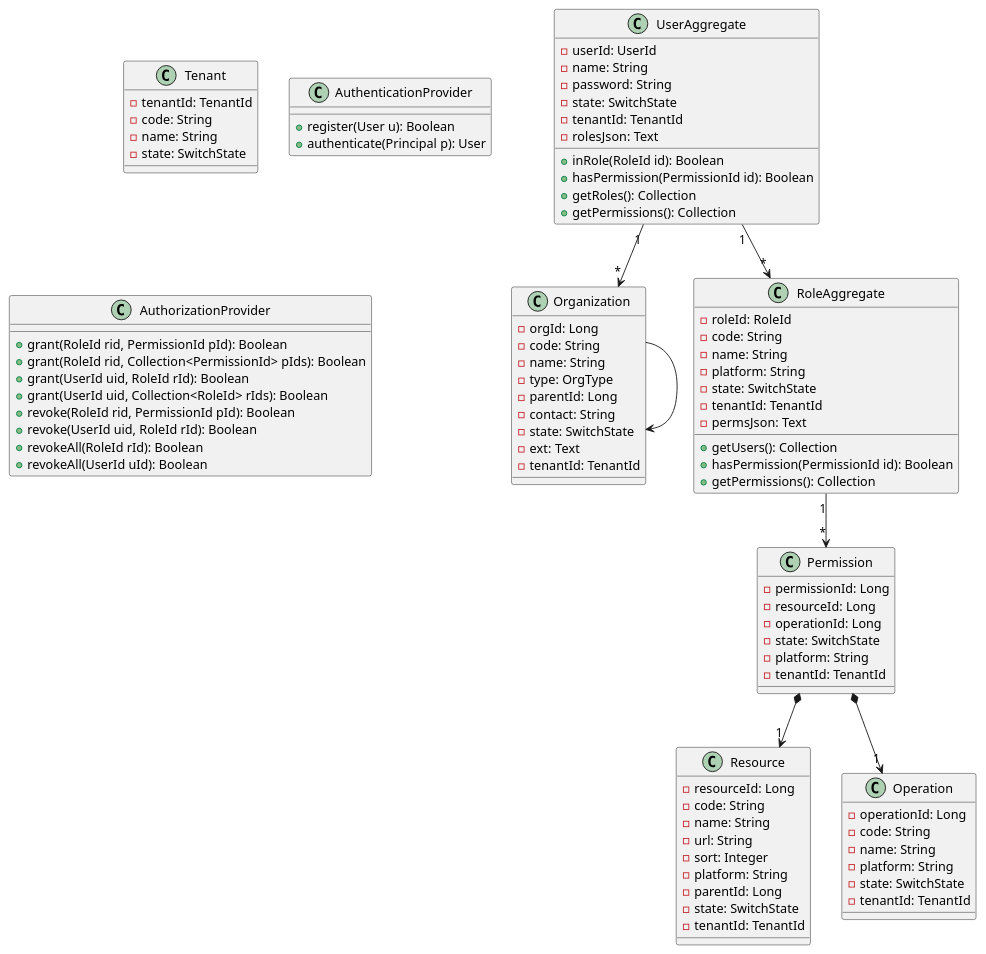
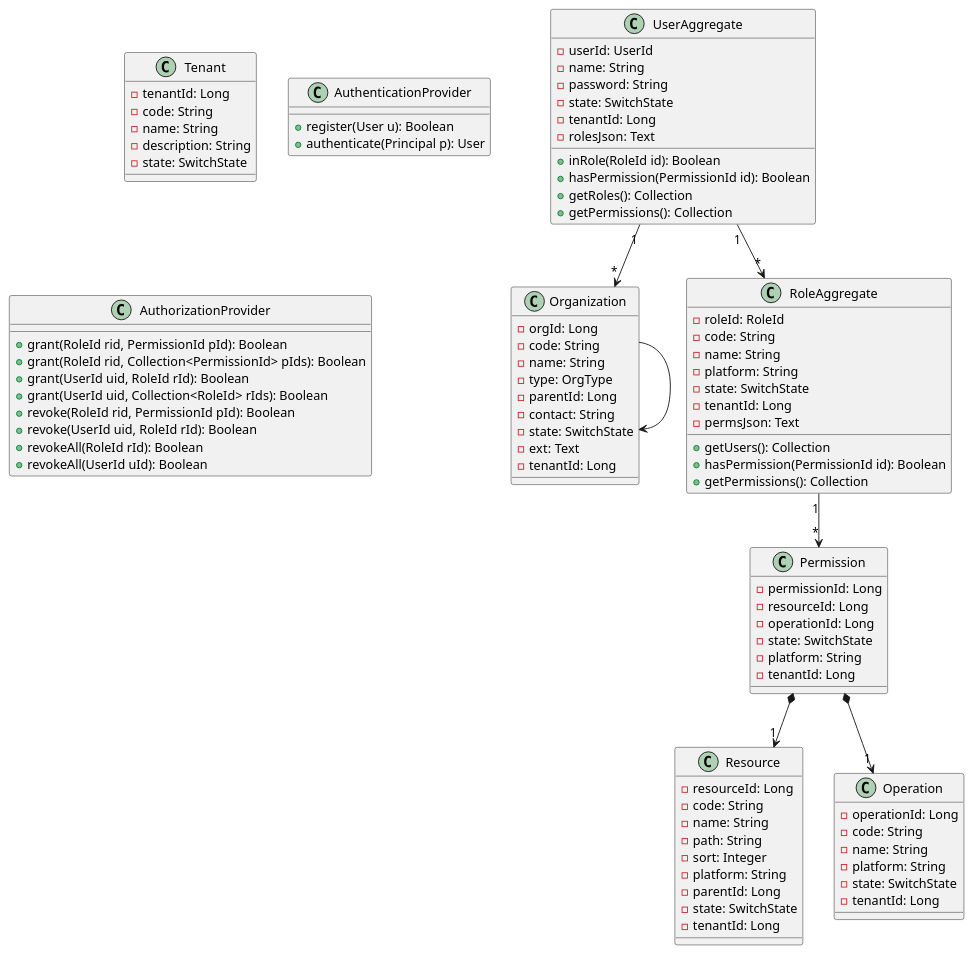
One commit to xgyb12458/dm-platform changed the diagram in documents/dm-oauth/oauth_cls_class.puml. Above: the diagram before and after it, drawn with PlantUML. The commit also changed 5 other files, not shown here.

```diff
--- a/documents/dm-oauth/oauth_cls_class.puml
+++ b/documents/dm-oauth/oauth_cls_class.puml
@@ -1,121 +1,122 @@
 @startuml 组织与权限
 
 class Tenant {
-    - tenantId: TenantId
+    - tenantId: Long
     - code: String
     - name: String
+    - description: String
     - state: SwitchState
 '    - createdAt: Long
 '    - updatedAt: Long
 '    - createdBy: UserId
 '    - updatedBy: UserId
 }
 class Organization {
      - orgId: Long
      - code: String
      - name: String
      - type: OrgType
      - parentId: Long
      - contact: String
      - state: SwitchState
      - ext: Text
-     - tenantId: TenantId
+     - tenantId: Long
  '    - createdAt: Long
  '    - updatedAt: Long
  '    - createdBy: UserId
  '    - updatedBy: UserId
  }
 class AuthenticationProvider {
     + register(User u): Boolean
     + authenticate(Principal p): User
 }
 class AuthorizationProvider {
     + grant(RoleId rid, PermissionId pId): Boolean
     + grant(RoleId rid, Collection<PermissionId> pIds): Boolean
     + grant(UserId uid, RoleId rId): Boolean
     + grant(UserId uid, Collection<RoleId> rIds): Boolean
     + revoke(RoleId rid, PermissionId pId): Boolean
     + revoke(UserId uid, RoleId rId): Boolean
     + revokeAll(RoleId rId): Boolean
     + revokeAll(UserId uId): Boolean
 }
 class UserAggregate {
     - userId: UserId
     - name: String
     - password: String
     - state: SwitchState
-    - tenantId: TenantId
+    - tenantId: Long
     - rolesJson: Text
 '    - createdAt: Long
 '    - updatedAt: Long
 '    - createdBy: UserId
 '    - updatedBy: UserId
     + inRole(RoleId id): Boolean
     + hasPermission(PermissionId id): Boolean
     + getRoles(): Collection
     + getPermissions(): Collection
 }
 class RoleAggregate {
     - roleId: RoleId
     - code: String
     - name: String
     - platform: String
     - state: SwitchState
-    - tenantId: TenantId
+    - tenantId: Long
     - permsJson: Text
 '    - createdAt: Long 创建时间
 '    - updatedAt: Long 更新时间
 '    - createdBy: UserId 创建人
 '    - updatedBy: UserId 更新人
     + getUsers(): Collection
     + hasPermission(PermissionId id): Boolean
     + getPermissions(): Collection
 }
 class Permission {
     - permissionId: Long
     - resourceId: Long
     - operationId: Long
     - state: SwitchState
     - platform: String
-    - tenantId: TenantId
+    - tenantId: Long
 '    - createdAt: Long
 '    - updatedAt: Long
 '    - createdBy: UserId
 '    - updatedBy: UserId
 }
 class Resource {
     - resourceId: Long
     - code: String
     - name: String
-    - url: String
+    - path: String
     - sort: Integer
     - platform: String
     - parentId: Long
     - state: SwitchState
-    - tenantId: TenantId
+    - tenantId: Long
 '    - createdAt: Long
 '    - updatedAt: Long
 '    - createdBy: UserId
 '    - updatedBy: UserId
 }
 class Operation {
     - operationId: Long
     - code: String
     - name: String
     - platform: String
     - state: SwitchState
-    - tenantId: TenantId
+    - tenantId: Long
 '    - createdAt: Long
 '    - updatedAt: Long
 '    - createdBy: UserId
 '    - updatedBy: UserId
 }
 
 Organization --> Organization
 UserAggregate "1"-->"*" Organization
 UserAggregate "1"-->"*" RoleAggregate
 RoleAggregate "1"-->"*" Permission
 Permission *-->"1" Resource
 Permission *-->"1" Operation
 
 @enduml
```
